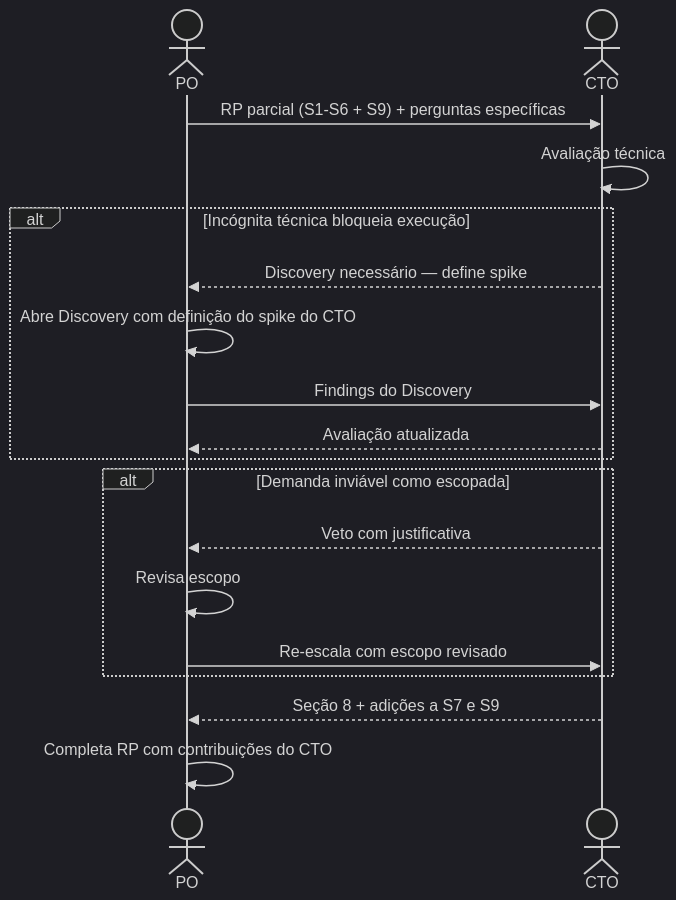
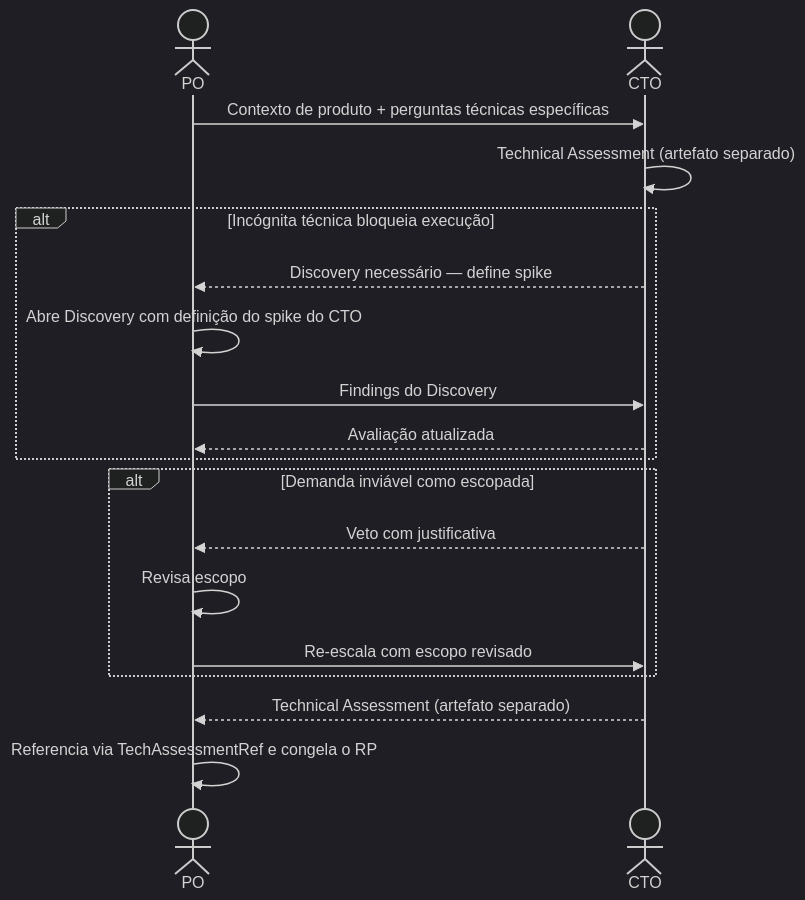
Before and after one commit to hugo-hsbtech/teamwork-process: the diagram in interactions/05-po-to-cto.md, drawn with Mermaid (dark theme). The commit also changed other lines of this file and 15 other files, not shown here.

First line of the commit message:
docs: alinha modelo ao commitment point (RP→PRD) e separa Technical Assessment (#2)

````diff
--- a/interactions/05-po-to-cto.md
+++ b/interactions/05-po-to-cto.md
@@ -68,24 +70,24 @@
 ```mermaid
 sequenceDiagram
     actor PO as PO
     actor CTO as CTO
 
-    PO->>CTO: RP parcial (S1-S6 + S9) + perguntas específicas
-    CTO->>CTO: Avaliação técnica
+    PO->>CTO: Contexto de produto + perguntas técnicas específicas
+    CTO->>CTO: Technical Assessment (artefato separado)
 
     alt Incógnita técnica bloqueia execução
         CTO-->>PO: Discovery necessário — define spike
         PO->>PO: Abre Discovery com definição do spike do CTO
         PO->>CTO: Findings do Discovery
         CTO-->>PO: Avaliação atualizada
     end
 
     alt Demanda inviável como escopada
         CTO-->>PO: Veto com justificativa
         PO->>PO: Revisa escopo
         PO->>CTO: Re-escala com escopo revisado
     end
 
-    CTO-->>PO: Seção 8 + adições a S7 e S9
-    PO->>PO: Completa RP com contribuições do CTO
+    CTO-->>PO: Technical Assessment (artefato separado)
+    PO->>PO: Referencia via TechAssessmentRef e congela o RP
 ```
````
